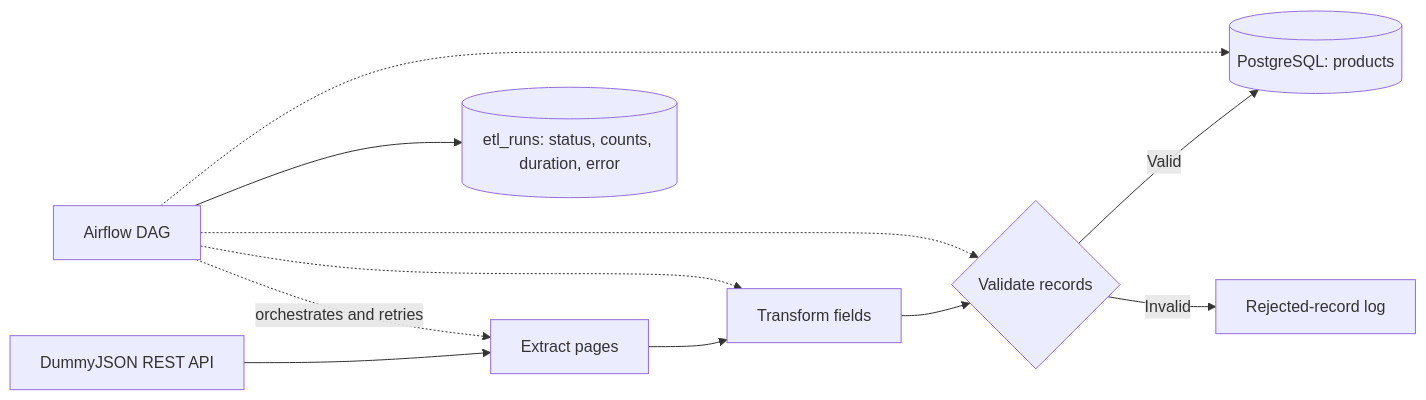
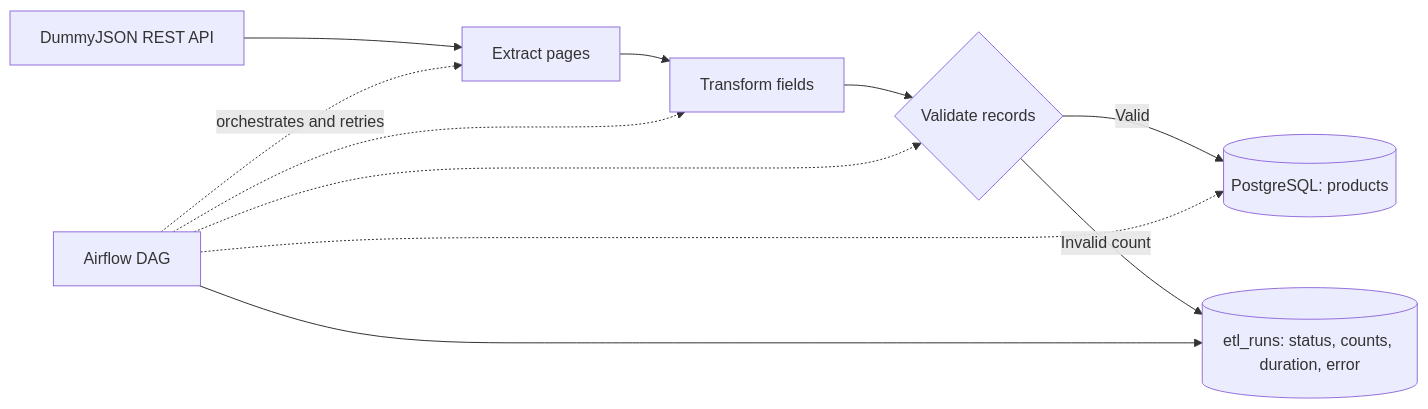
One commit to Salaheddine03-ux/end-to-end-data-engineering-pipeline changed the diagram in README.md. Above: the diagram before and after it, drawn with Mermaid.

Commit message:
docs: align rejected-record diagram with monitoring table

````diff
--- a/README.md
+++ b/README.md
@@ -26,13 +26,13 @@
 ```mermaid
 flowchart LR
     API["DummyJSON REST API"] --> EX["Extract pages"]
     EX --> TR["Transform fields"]
     TR --> VA{"Validate records"}
     VA -->|"Valid"| DB[("PostgreSQL: products")]
-    VA -->|"Invalid"| LOG["Rejected-record log"]
+    VA -->|"Invalid count"| RUNS
     AF["Airflow DAG"] -. "orchestrates and retries" .-> EX
     AF -.-> TR
     AF -.-> VA
     AF -.-> DB
     AF --> RUNS[("etl_runs: status, counts, duration, error")]
 ```
````
